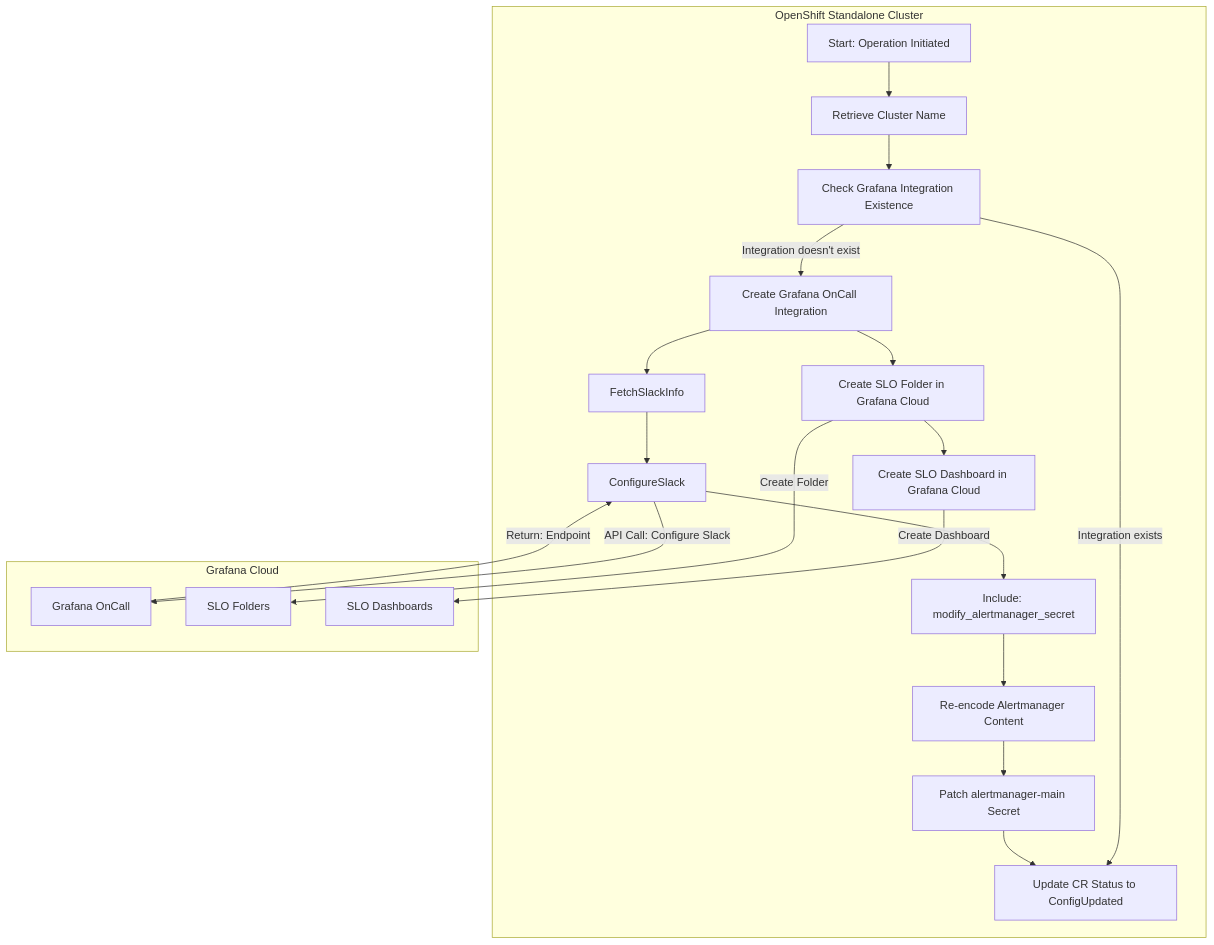
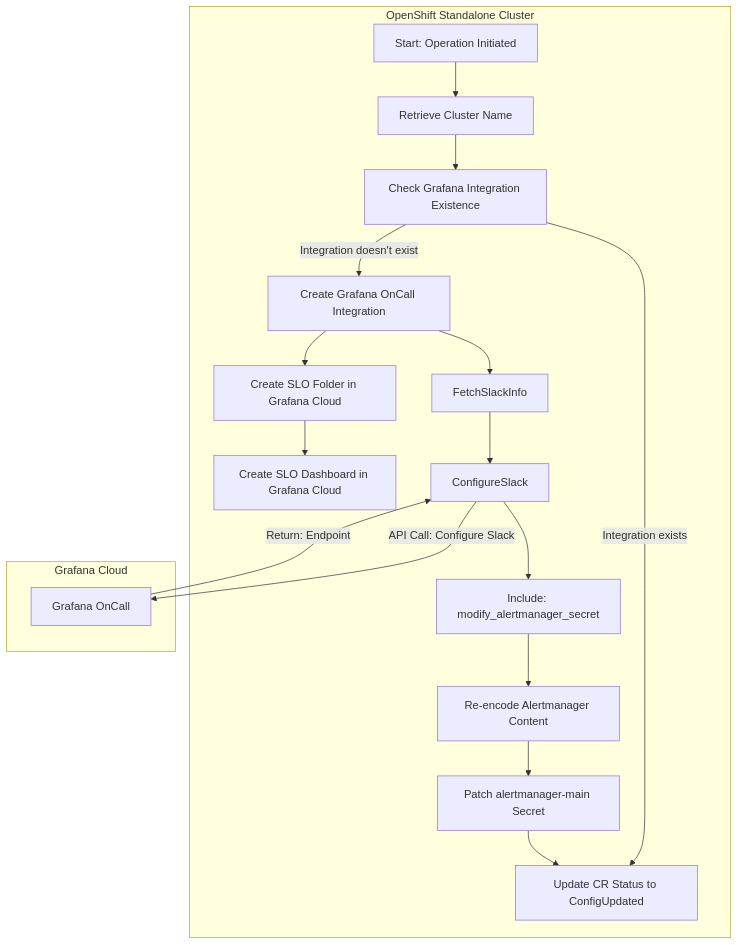
The second of 2 diagrams in README.md (stakater/grafana-cloud-ansible-operator), drawn with Mermaid before and after one commit.

````diff
--- a/README.md
+++ b/README.md
@@ -142,40 +142,36 @@
     ```mermaid
     graph TD
 
     subgraph "OpenShift Standalone Cluster"
         Init[Start: Operation Initiated]
         GetClusterName[Retrieve Cluster Name]
         CheckIntegration[Check Grafana Integration Existence]
         CreateIntegration[Create Grafana OnCall Integration]
         ModSecret[Include: modify_alertmanager_secret]
         Reencode[Re-encode Alertmanager Content]
         PatchSecret[Patch alertmanager-main Secret]
         UpdateCR[Update CR Status to ConfigUpdated]
         CreateSLOFolder[Create SLO Folder in Grafana Cloud]
         CreateSLODashboard[Create SLO Dashboard in Grafana Cloud]
 
         Init --> GetClusterName
         GetClusterName --> CheckIntegration
         CheckIntegration -->|Integration doesn't exist| CreateIntegration
         CheckIntegration -->|Integration exists| UpdateCR
         CreateIntegration --> FetchSlackInfo
         FetchSlackInfo --> ConfigureSlack
         ConfigureSlack --> ModSecret
         ModSecret --> Reencode
         Reencode --> PatchSecret
         PatchSecret --> UpdateCR
         CreateIntegration --> CreateSLOFolder
         CreateSLOFolder --> CreateSLODashboard
     end
 
     subgraph "Grafana Cloud"
         GO[Grafana OnCall]
-        SLOFolders[SLO Folders]
-        SLODashboards[SLO Dashboards]
     end
 
     ConfigureSlack -->|API Call: Configure Slack| GO
     GO -->|Return: Endpoint| ConfigureSlack
-    CreateSLOFolder --> |Create Folder| SLOFolders
-    CreateSLODashboard --> |Create Dashboard| SLODashboards
     ```
````
